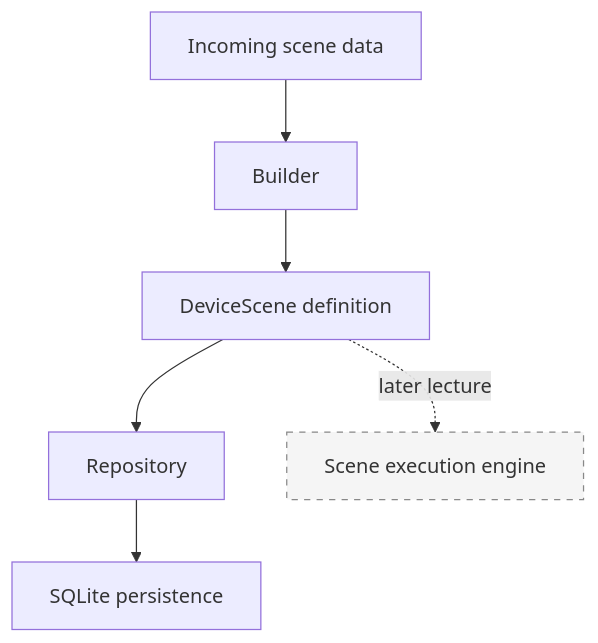
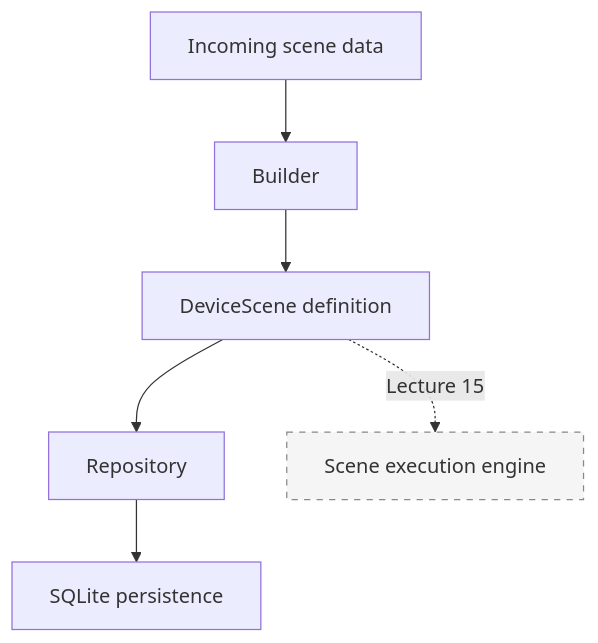
One commit to jeff-adkisson/swe-4743-spring-2026-oo-design changed the third of 28 diagrams in presentations/14-repository-and-builder-patterns.md. Above: the diagram before and after it, drawn with Mermaid. The commit also changed other lines of this file and 44 other files, not shown here.

````diff
--- a/presentations/14-repository-and-builder-patterns.md
+++ b/presentations/14-repository-and-builder-patterns.md
@@ -170,13 +170,13 @@
 ```mermaid
 flowchart TB
     INPUT["Incoming scene data"] --> BUILDER["Builder"]
     BUILDER --> SCENE["DeviceScene definition"]
     SCENE --> REPO["Repository"]
     REPO --> SQLITE["SQLite persistence"]
 
     EXEC["Scene execution engine"]:::future
 
-    SCENE -. later lecture .-> EXEC
+    SCENE -. "Lecture 15" .-> EXEC
 
     classDef future fill:#f5f5f5,stroke:#888,stroke-dasharray: 5 5;
 ```
````
